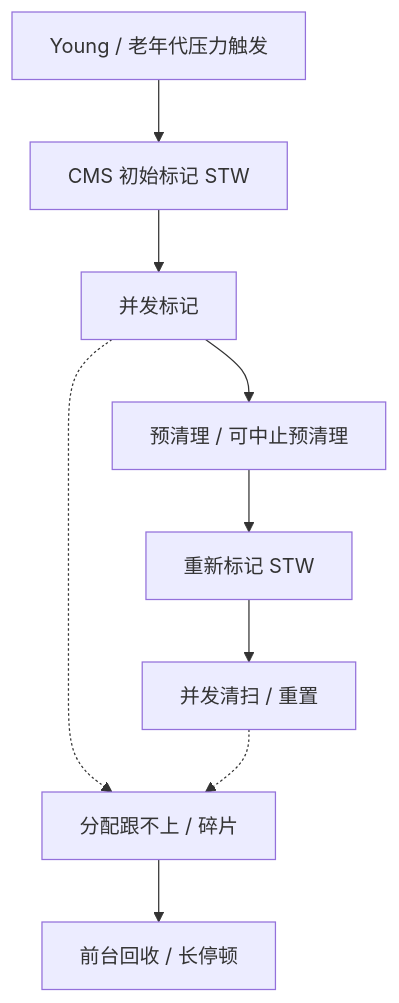
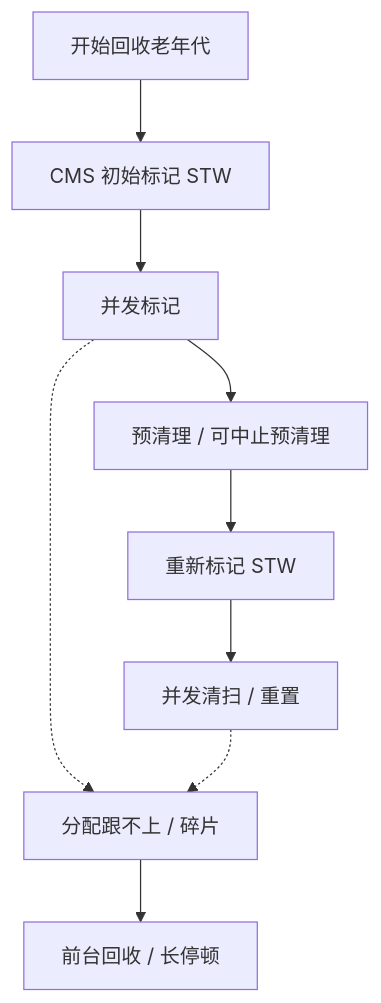
Before and after one commit to yisiliang/yisiliang.github.io: the first of 2 diagrams in docs/java-architect-interview/chapters/03.md, drawn with Mermaid. The commit also changed other lines of this file and 18 other files, not shown here.

````diff
--- a/docs/java-architect-interview/chapters/03.md
+++ b/docs/java-architect-interview/chapters/03.md
@@ -54,11 +68,11 @@
 ```mermaid
 flowchart TD
- A["Young / 老年代压力触发"] --> B["CMS 初始标记 STW"]
+ A["开始回收老年代"] --> B["CMS 初始标记 STW"]
  B --> C["并发标记"]
  C --> D["预清理 / 可中止预清理"]
  D --> E["重新标记 STW"]
  E --> F["并发清扫 / 重置"]
  C -.-> X["分配跟不上 / 碎片"]
  F -.-> X
  X --> Y["前台回收 / 长停顿"]
 ```
````
